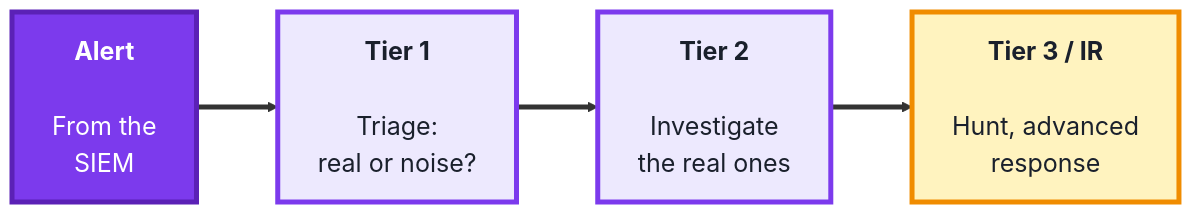
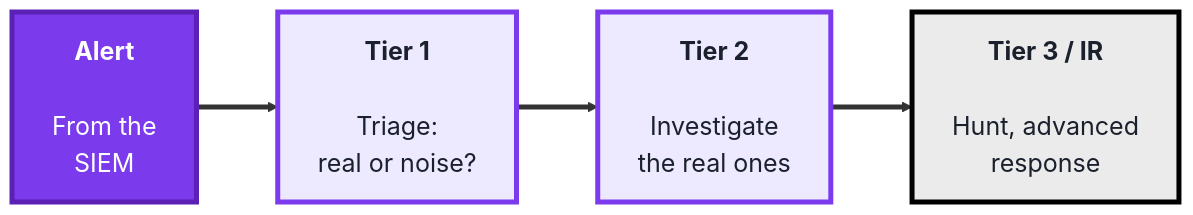
One commit to SHEMODELTECH/shemodeltech changed the second of 3 diagrams in src/Pages/courses/TechGuard/module-7-security-monitoring.md. Above: the diagram before and after it, drawn with Mermaid. The commit also changed other lines of this file and 46 other files, not shown here.

````diff
--- a/src/Pages/courses/TechGuard/module-7-security-monitoring.md
+++ b/src/Pages/courses/TechGuard/module-7-security-monitoring.md
@@ -87,16 +87,16 @@
 ```mermaid
 %%{init: {'theme':'base', 'themeVariables': {'fontSize':'20px', 'primaryTextColor':'#1a202c', 'primaryBorderColor':'#5b21b6', 'lineColor':'#333333'}, 'flowchart': {'nodeSpacing': 50, 'rankSpacing': 65, 'padding': 16}}}%%
 flowchart LR
     AL["<b>Alert</b><br/><br/>From the<br/>SIEM"]
     T1["<b>Tier 1</b><br/><br/>Triage:<br/>real or noise?"]
     T2["<b>Tier 2</b><br/><br/>Investigate<br/>the real ones"]
     T3["<b>Tier 3 / IR</b><br/><br/>Hunt, advanced<br/>response"]
 
     AL ==> T1 ==> T2 ==> T3
 
     style AL fill:#7c3aed,color:#fff,stroke:#5b21b6,stroke-width:4px
     style T1 fill:#ede9fe,color:#1a202c,stroke:#7c3aed,stroke-width:4px
     style T2 fill:#ede9fe,color:#1a202c,stroke:#7c3aed,stroke-width:4px
-    style T3 fill:#fff3bf,color:#1a202c,stroke:#f08c00,stroke-width:4px
+    style T3 fill:#EBEBEB,color:#1a202c,stroke:#000000,stroke-width:4px
     linkStyle default stroke-width:4px,stroke:#333333
 ```
````
